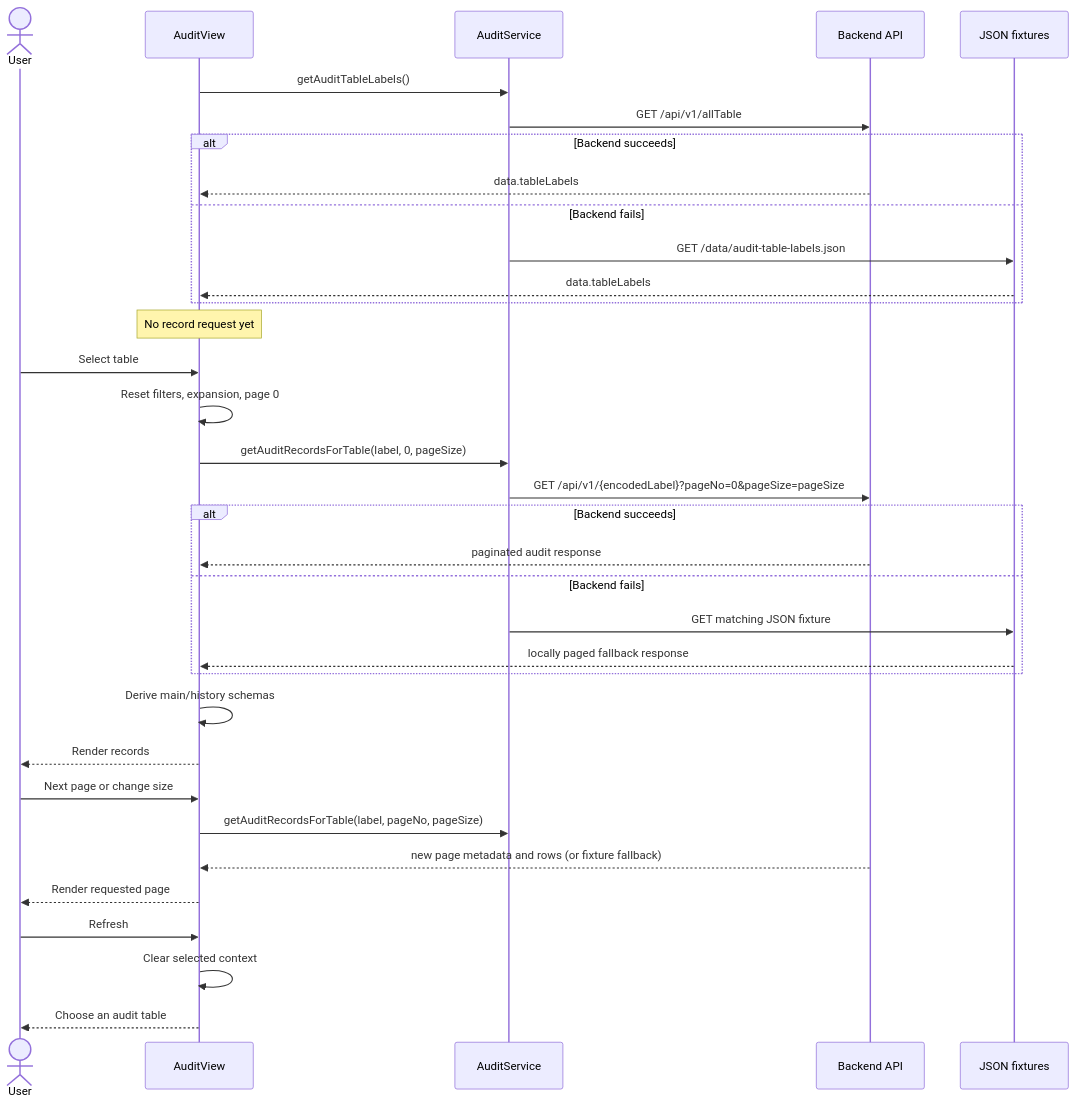
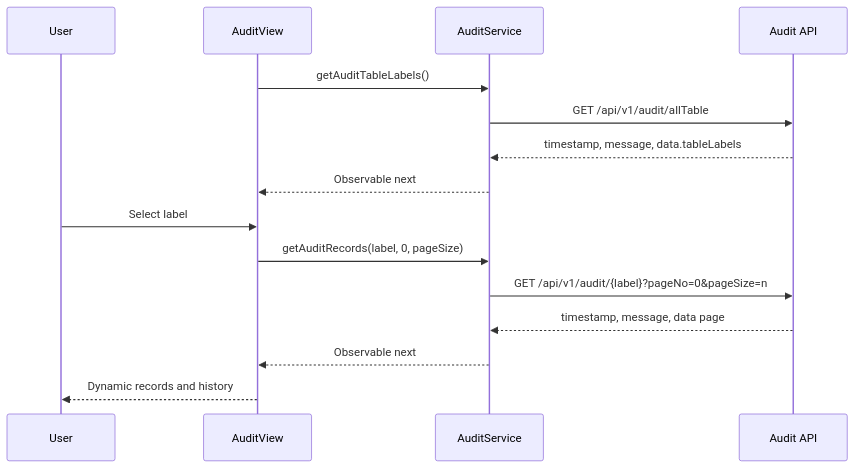
One commit to MrAkashKum/audit-fronted changed the second of 2 diagrams in docs/ARCHITECTURE.md. Above: the diagram before and after it, drawn with Mermaid. The commit also changed other lines of this file and 25 other files, not shown here.

````diff
--- a/docs/ARCHITECTURE.md
+++ b/docs/ARCHITECTURE.md
@@ -89,40 +47,18 @@
 ```mermaid
 sequenceDiagram
-    actor User
+    participant User
     participant View as AuditView
     participant Service as AuditService
-    participant Backend as Backend API
-    participant Fixtures as JSON fixtures
+    participant API as Audit API
 
     View->>Service: getAuditTableLabels()
-    Service->>Backend: GET /api/v1/allTable
-    alt Backend succeeds
-        Backend-->>View: data.tableLabels
-    else Backend fails
-        Service->>Fixtures: GET /data/audit-table-labels.json
-        Fixtures-->>View: data.tableLabels
-    end
-    Note over View: No record request yet
-
-    User->>View: Select table
-    View->>View: Reset filters, expansion, page 0
-    View->>Service: getAuditRecordsForTable(label, 0, pageSize)
-    Service->>Backend: GET /api/v1/{encodedLabel}?pageNo=0&pageSize=pageSize
-    alt Backend succeeds
-        Backend-->>View: paginated audit response
-    else Backend fails
-        Service->>Fixtures: GET matching JSON fixture
-        Fixtures-->>View: locally paged fallback response
-    end
-    View->>View: Derive main/history schemas
-    View-->>User: Render records
-
-    User->>View: Next page or change size
-    View->>Service: getAuditRecordsForTable(label, pageNo, pageSize)
-    Backend-->>View: new page metadata and rows (or fixture fallback)
-    View-->>User: Render requested page
-
-    User->>View: Refresh
-    View->>View: Clear selected context
-    View-->>User: Choose an audit table
+    Service->>API: GET /api/v1/audit/allTable
+    API-->>Service: timestamp, message, data.tableLabels
+    Service-->>View: Observable next
+    User->>View: Select label
+    View->>Service: getAuditRecords(label, 0, pageSize)
+    Service->>API: GET /api/v1/audit/{label}?pageNo=0&pageSize=n
+    API-->>Service: timestamp, message, data page
+    Service-->>View: Observable next
+    View-->>User: Dynamic records and history
 ```
````
